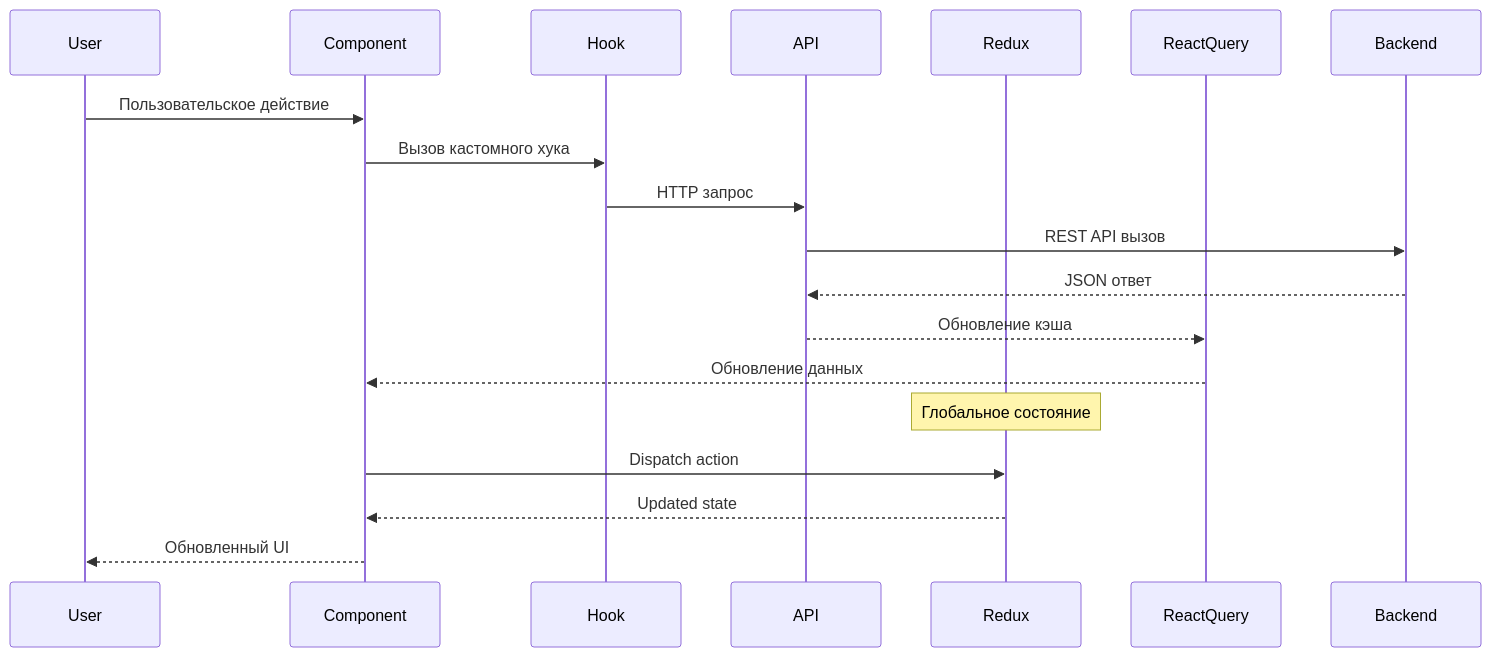
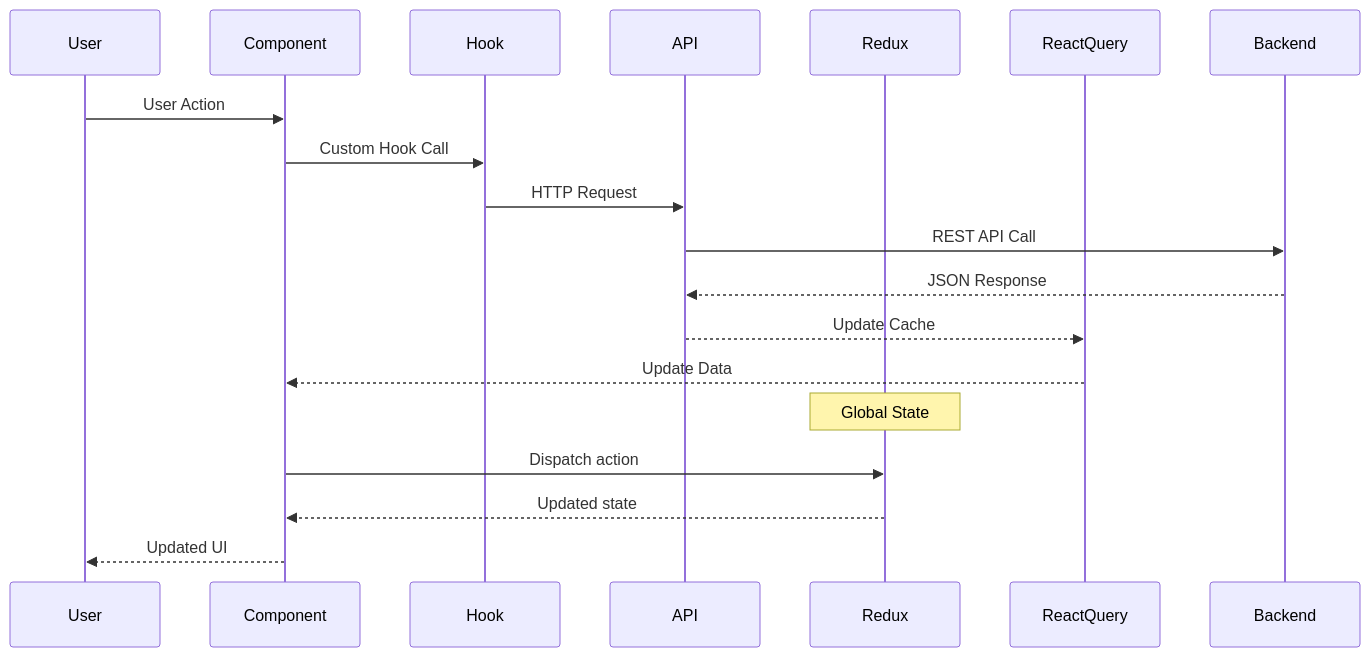
The second of 2 diagrams in frontend-architecture-documentation.md (blkluv/web3wms), drawn with Mermaid before and after one commit. The commit also changed other lines of this file and 18 other files, not shown here.

````diff
--- a/frontend-architecture-documentation.md
+++ b/frontend-architecture-documentation.md
@@ -169,24 +169,24 @@
 ```mermaid
 sequenceDiagram
     participant User
     participant Component
     participant Hook
     participant API
     participant Redux
     participant ReactQuery
     participant Backend
 
-    User->>Component: Пользовательское действие
-    Component->>Hook: Вызов кастомного хука
-    Hook->>API: HTTP запрос
-    API->>Backend: REST API вызов
-    Backend-->>API: JSON ответ
-    API-->>ReactQuery: Обновление кэша
-    ReactQuery-->>Component: Обновление данных
+    User->>Component: User Action
+    Component->>Hook: Custom Hook Call
+    Hook->>API: HTTP Request
+    API->>Backend: REST API Call
+    Backend-->>API: JSON Response
+    API-->>ReactQuery: Update Cache
+    ReactQuery-->>Component: Update Data
 
-    Note over Redux: Глобальное состояние
+    Note over Redux: Global State
     Component->>Redux: Dispatch action
     Redux-->>Component: Updated state
 
-    Component-->>User: Обновленный UI
+    Component-->>User: Updated UI
 ```
````
